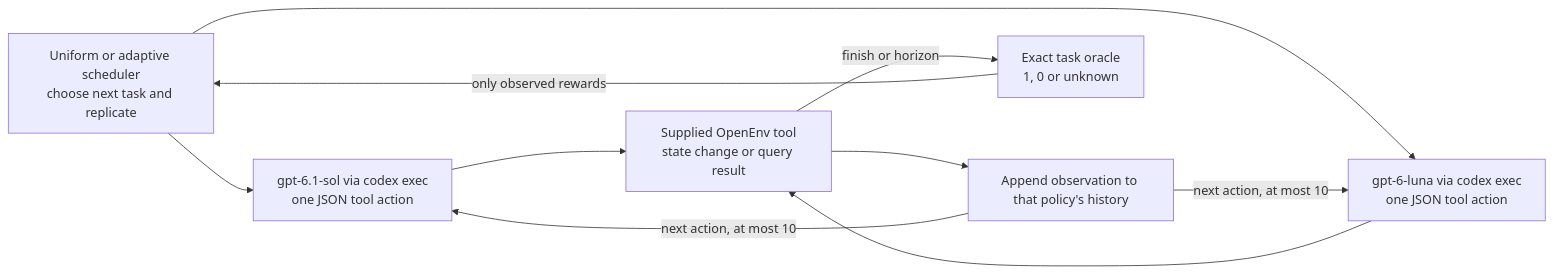
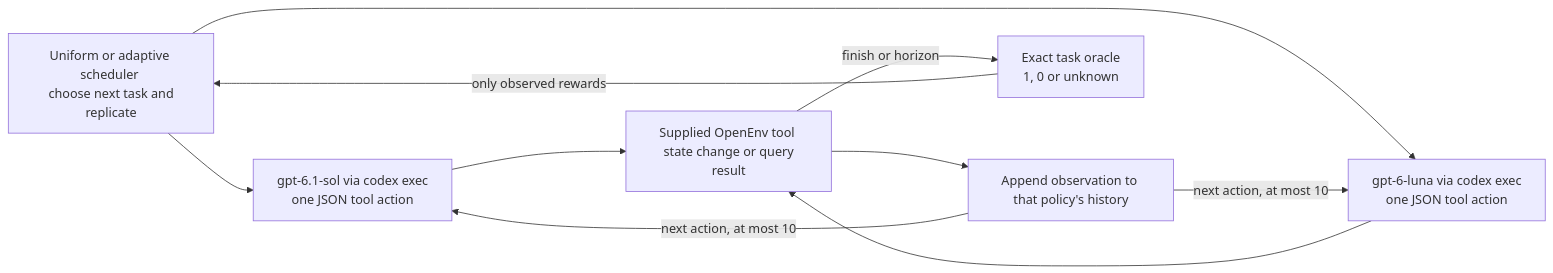
The second of 6 diagrams in notebooks/27-adaptive-knowledge-rollouts/README.md (k-sandhu/experiment-notebooks), drawn with Mermaid before and after one commit. The commit also changed other lines of this file and 4898 other files, not shown here.

````diff
--- a/notebooks/27-adaptive-knowledge-rollouts/README.md
+++ b/notebooks/27-adaptive-knowledge-rollouts/README.md
@@ -130,12 +125,12 @@
 ```mermaid
 flowchart LR
-  schedule["Uniform or adaptive scheduler<br/>choose next task and replicate"] --> sol["gpt-6.1-sol via codex exec<br/>one JSON tool action"]
-  schedule --> luna["gpt-6-luna via codex exec<br/>one JSON tool action"]
-  sol --> env["Supplied OpenEnv tool<br/>state change or query result"]
+  schedule["Uniform or adaptive scheduler <br/> choose next task and replicate"] --> sol["gpt-6.1-sol via codex exec <br/> one JSON tool action"]
+  schedule --> luna["gpt-6-luna via codex exec <br/> one JSON tool action"]
+  sol --> env["Supplied OpenEnv tool <br/> state change or query result"]
   luna --> env
   env --> history["Append observation to that policy's history"]
   history -->|"next action, at most 10"| sol
   history -->|"next action, at most 10"| luna
-  env -->|"finish or horizon"| verifier["Exact task oracle<br/>1, 0 or unknown"]
+  env -->|"finish or horizon"| verifier["Exact task oracle <br/> 1, 0 or unknown"]
   verifier -->|"only observed rewards"| schedule
 ```
````
